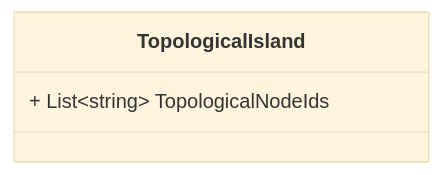
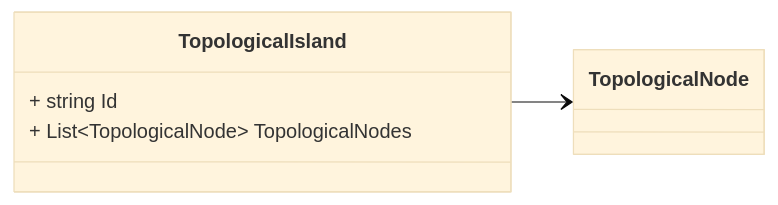
One commit to zaphiro-technologies/protobuf changed the fourth of 5 diagrams in docs/topology.proto.md. Above: the diagram before and after it, drawn with Mermaid (base theme). The commit also changed other lines of this file and 4 other files, not shown here.

````diff
--- a/docs/topology.proto.md
+++ b/docs/topology.proto.md
@@ -67,13 +83,15 @@
 ```mermaid
 classDiagram
 direction LR
 
 %% A topology Island information.
 %% * To be used in ComputedTopology message.
 %% 
 
 class TopologicalIsland {
-  + List~string~ TopologicalNodeIds
+  + string Id
+  + List~TopologicalNode~ TopologicalNodes
 }
+TopologicalIsland --> `TopologicalNode`
 
 ```
````
